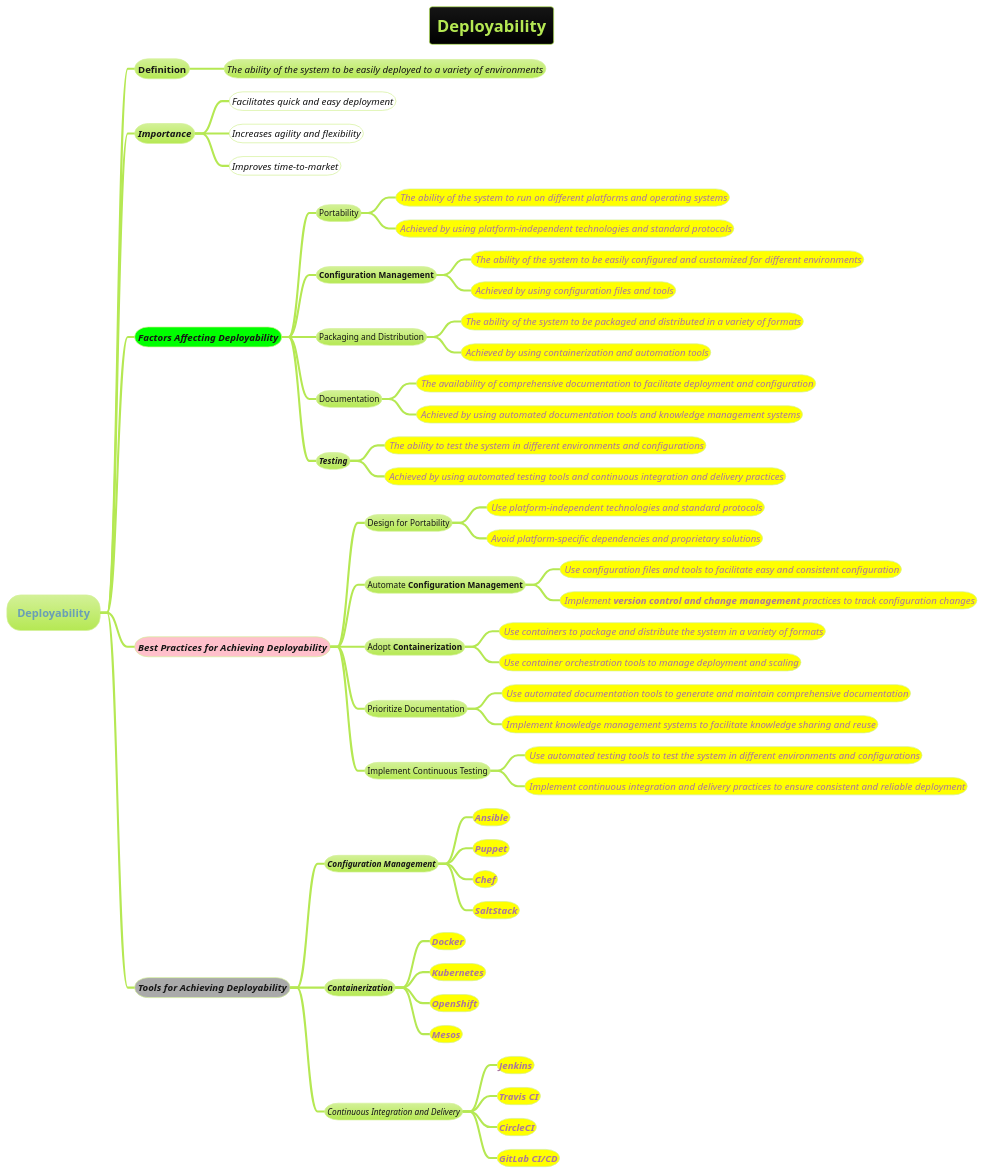
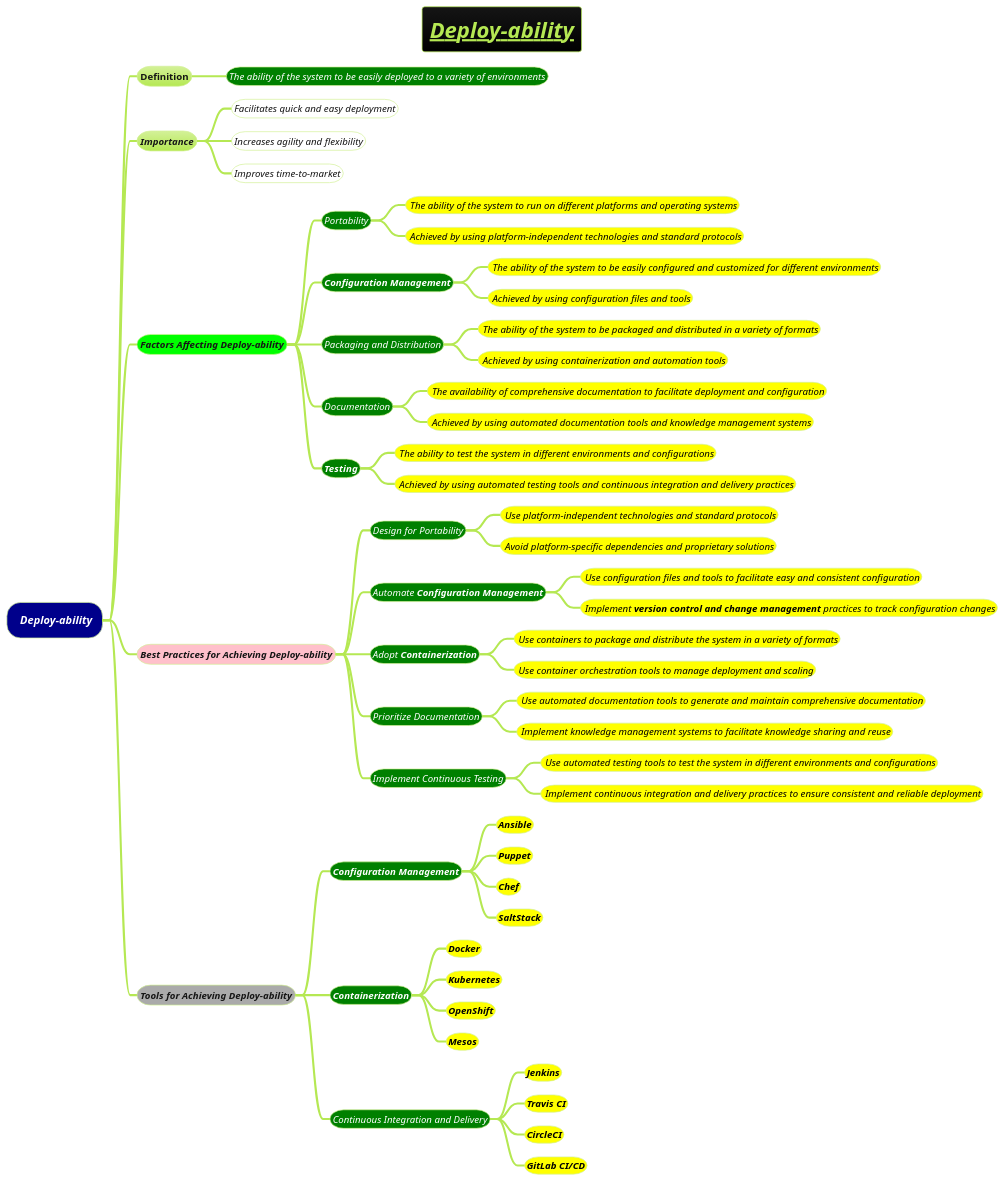
One commit to MehmoodHashmi/Documentation-as-Code-DaC changed the diagram in docs/3-programming-languages/architectural-characteristics/Deployability.puml. Above: the diagram before and after it, drawn with PlantUML. The commit also changed 1 other file, not shown here.

```diff
--- a/docs/3-programming-languages/architectural-characteristics/Deployability.puml
+++ b/docs/3-programming-languages/architectural-characteristics/Deployability.puml
@@ -1,60 +1,60 @@
 @startmindmap
-title = Deployability
+title = <i><u>Deploy-ability
 !theme hacker
 
-* Deployability
+*[#darkblue] <color #white> <i>Deploy-ability
 ** Definition
-*** ====<size:14>The ability of the system to be easily deployed to a variety of environments
-** ====Importance
-***[#white] ====<size:14>Facilitates quick and easy deployment
-***[#white] ====<size:14>Increases agility and flexibility
-***[#white] ====<size:14>Improves time-to-market
-**[#lime] ====Factors Affecting Deployability
-*** Portability
-****[#yellow] ====<size:14> The ability of the system to run on different platforms and operating systems
-****[#yellow] ====<size:14> Achieved by using platform-independent technologies and standard protocols
-*** **Configuration Management**
-****[#yellow] ====<size:14> The ability of the system to be easily configured and customized for different environments
-****[#yellow] ====<size:14> Achieved by using configuration files and tools
-*** Packaging and Distribution
-****[#yellow] ====<size:14> The ability of the system to be packaged and distributed in a variety of formats
-****[#yellow] ====<size:14> Achieved by using containerization and automation tools
-*** Documentation
-****[#yellow] ====<size:14> The availability of comprehensive documentation to facilitate deployment and configuration
-****[#yellow] ====<size:14> Achieved by using automated documentation tools and knowledge management systems
-*** ====**Testing**
-****[#yellow] ====<size:14> The ability to test the system in different environments and configurations
-****[#yellow] ====<size:14> Achieved by using automated testing tools and continuous integration and delivery practices
-**[#pink] ====Best Practices for Achieving Deployability
-*** Design for Portability
-****[#yellow] ====<size:14> Use platform-independent technologies and standard protocols
-****[#yellow] ====<size:14> Avoid platform-specific dependencies and proprietary solutions
-*** Automate **Configuration Management**
-****[#yellow] ====<size:14> Use configuration files and tools to facilitate easy and consistent configuration
-****[#yellow] ====<size:14> Implement **version control and change management** practices to track configuration changes
-*** Adopt **Containerization**
-****[#yellow] ====<size:14> Use containers to package and distribute the system in a variety of formats
-****[#yellow] ====<size:14> Use container orchestration tools to manage deployment and scaling
-*** Prioritize Documentation
-****[#yellow] ====<size:14> Use automated documentation tools to generate and maintain comprehensive documentation
-****[#yellow] ====<size:14> Implement knowledge management systems to facilitate knowledge sharing and reuse
-*** Implement Continuous Testing
-****[#yellow] ====<size:14> Use automated testing tools to test the system in different environments and configurations
-****[#yellow] ====<size:14> Implement continuous integration and delivery practices to ensure consistent and reliable deployment
-**[#a] ====Tools for Achieving Deployability
-*** ====**Configuration Management**
-****[#yellow] ====<size:14>**Ansible**
-****[#yellow] ====<size:14>**Puppet**
-****[#yellow] ====<size:14>**Chef**
-****[#yellow] ====<size:14>**SaltStack**
-*** ====**Containerization**
-****[#yellow] ====<size:14>**Docker**
-****[#yellow] ====<size:14>**Kubernetes**
-****[#yellow] ====<size:14>**OpenShift**
-****[#yellow] ====<size:14>**Mesos**
-*** ====Continuous Integration and Delivery
-****[#yellow] ====<size:14>**Jenkins**
-****[#yellow] ====<size:14>**Travis CI**
-****[#yellow] ====<size:14>**CircleCI**
-****[#yellow] ====<size:14>**GitLab CI/CD**
+***[#green] <color #white><i><size:14><i><size:14>The ability of the system to be easily deployed to a variety of environments
+** <i>Importance
+***[#white] <i><size:14>Facilitates quick and easy deployment
+***[#white] <i><size:14>Increases agility and flexibility
+***[#white] <i><size:14>Improves time-to-market
+**[#lime] <i>Factors Affecting Deploy-ability
+***[#green] <color #white><i><size:14>Portability
+****[#yellow] <color #black><i><size:14> The ability of the system to run on different platforms and operating systems
+****[#yellow] <color #black><i><size:14> Achieved by using platform-independent technologies and standard protocols
+***[#green] <color #white><i><size:14>**Configuration Management**
+****[#yellow] <color #black><i><size:14> The ability of the system to be easily configured and customized for different environments
+****[#yellow] <color #black><i><size:14> Achieved by using configuration files and tools
+***[#green] <color #white><i><size:14>Packaging and Distribution
+****[#yellow] <color #black><i><size:14> The ability of the system to be packaged and distributed in a variety of formats
+****[#yellow] <color #black><i><size:14> Achieved by using containerization and automation tools
+***[#green] <color #white><i><size:14>Documentation
+****[#yellow] <color #black><i><size:14> The availability of comprehensive documentation to facilitate deployment and configuration
+****[#yellow] <color #black><i><size:14> Achieved by using automated documentation tools and knowledge management systems
+***[#green] <color #white><i><size:14><i>**Testing**
+****[#yellow] <color #black><i><size:14> The ability to test the system in different environments and configurations
+****[#yellow] <color #black><i><size:14> Achieved by using automated testing tools and continuous integration and delivery practices
+**[#pink] <i>Best Practices for Achieving Deploy-ability
+***[#green] <color #white><i><size:14>Design for Portability
+****[#yellow] <color #black><i><size:14> Use platform-independent technologies and standard protocols
+****[#yellow] <color #black><i><size:14> Avoid platform-specific dependencies and proprietary solutions
+***[#green] <color #white><i><size:14>Automate **Configuration Management**
+****[#yellow] <color #black><i><size:14> Use configuration files and tools to facilitate easy and consistent configuration
+****[#yellow] <color #black><i><size:14> Implement **version control and change management** practices to track configuration changes
+***[#green] <color #white><i><size:14>Adopt **Containerization**
+****[#yellow] <color #black><i><size:14> Use containers to package and distribute the system in a variety of formats
+****[#yellow] <color #black><i><size:14> Use container orchestration tools to manage deployment and scaling
+***[#green] <color #white><i><size:14>Prioritize Documentation
+****[#yellow] <color #black><i><size:14> Use automated documentation tools to generate and maintain comprehensive documentation
+****[#yellow] <color #black><i><size:14> Implement knowledge management systems to facilitate knowledge sharing and reuse
+***[#green] <color #white><i><size:14>Implement Continuous Testing
+****[#yellow] <color #black><i><size:14> Use automated testing tools to test the system in different environments and configurations
+****[#yellow] <color #black><i><size:14> Implement continuous integration and delivery practices to ensure consistent and reliable deployment
+**[#a] <i>Tools for Achieving Deploy-ability
+***[#green] <color #white><i><size:14><i>**Configuration Management**
+****[#yellow] <color #black><i><size:14>**Ansible**
+****[#yellow] <color #black><i><size:14>**Puppet**
+****[#yellow] <color #black><i><size:14>**Chef**
+****[#yellow] <color #black><i><size:14>**SaltStack**
+***[#green] <color #white><i><size:14><i>**Containerization**
+****[#yellow] <color #black><i><size:14>**Docker**
+****[#yellow] <color #black><i><size:14>**Kubernetes**
+****[#yellow] <color #black><i><size:14>**OpenShift**
+****[#yellow] <color #black><i><size:14>**Mesos**
+***[#green] <color #white><i><size:14><i>Continuous Integration and Delivery
+****[#yellow] <color #black><i><size:14>**Jenkins**
+****[#yellow] <color #black><i><size:14>**Travis CI**
+****[#yellow] <color #black><i><size:14>**CircleCI**
+****[#yellow] <color #black><i><size:14>**GitLab CI/CD**
 @endmindmap
```
